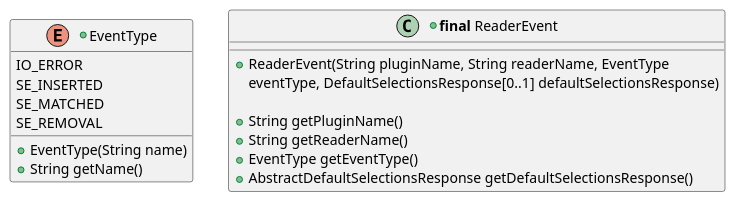
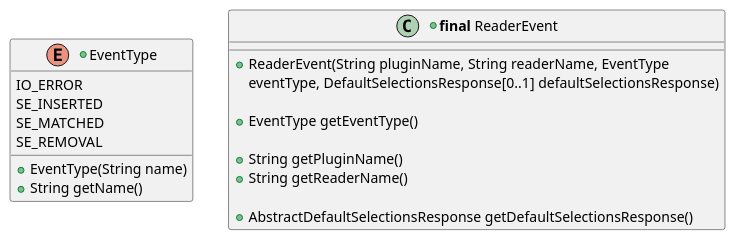
Before and after one commit to calypsonet/keyple: diagram 32 of 49 in src/KeypleCoreApi/ApplicationApi/puml/KeypleCore-ApplicationApi-ClassDiag-SE_Proxy-ClassElements.iuml, drawn with PlantUML. The commit also changed other lines of this file and 44 other files, not shown here.

```diff
--- a/src/KeypleCoreApi/ApplicationApi/puml/KeypleCore-ApplicationApi-ClassDiag-SE_Proxy-ClassElements.iuml
+++ b/src/KeypleCoreApi/ApplicationApi/puml/KeypleCore-ApplicationApi-ClassDiag-SE_Proxy-ClassElements.iuml
@@ -363,20 +362,22 @@
-@startuml(id=SEPROXY_EVENTREADER)
+@startuml(id=SEPROXY_EVENTREADER_0_8)
 +enum "EventType" as EventType_Reader {
   IO_ERROR
   SE_INSERTED
   SE_MATCHED
   SE_REMOVAL
   +EventType(String name)
   +String getName()
 }
 
 +class "<b>final</b> ReaderEvent" as ReaderEvent {
   +ReaderEvent(String pluginName, String readerName, EventType
   eventType, DefaultSelectionsResponse[0..1] defaultSelectionsResponse)
 
+  +EventType getEventType()
+
   +String getPluginName()
   +String getReaderName()
-  +EventType getEventType()
+
   +AbstractDefaultSelectionsResponse getDefaultSelectionsResponse()
 }
 @enduml
```
